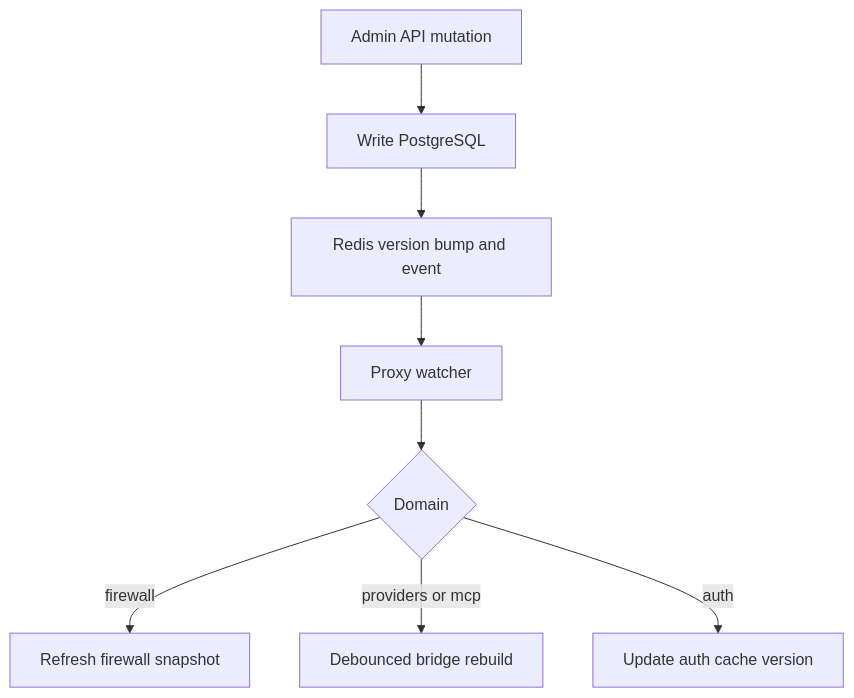
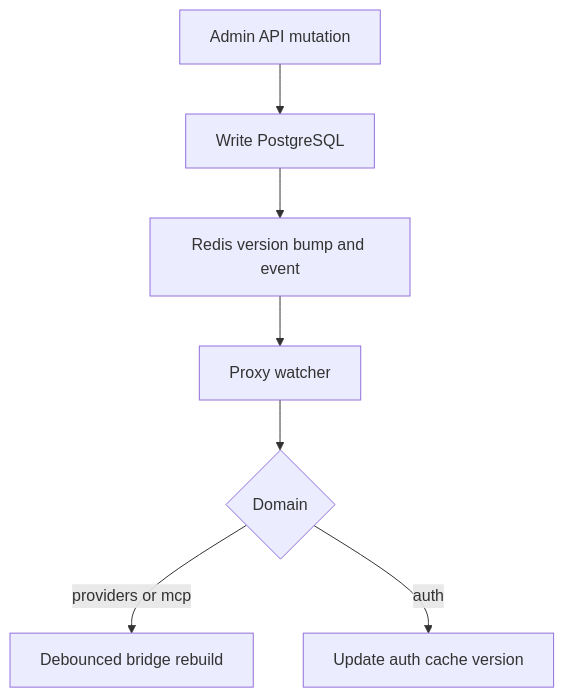
Before and after one commit to thomas-illiet/prompt-gate: the fourth of 4 diagrams in docs/architecture.md, drawn with Mermaid. The commit also changed other lines of this file and 91 other files, not shown here.

````diff
--- a/docs/architecture.md
+++ b/docs/architecture.md
@@ -135,10 +138,9 @@
 ```mermaid
 flowchart TD
     Admin["Admin API mutation"] --> DB["Write PostgreSQL"]
     DB --> Event["Redis version bump and event"]
     Event --> Proxy["Proxy watcher"]
     Proxy --> Kind{"Domain"}
-    Kind -->|firewall| Snapshot["Refresh firewall snapshot"]
     Kind -->|providers or mcp| Bridge["Debounced bridge rebuild"]
     Kind -->|auth| AuthCache["Update auth cache version"]
 ```
````
